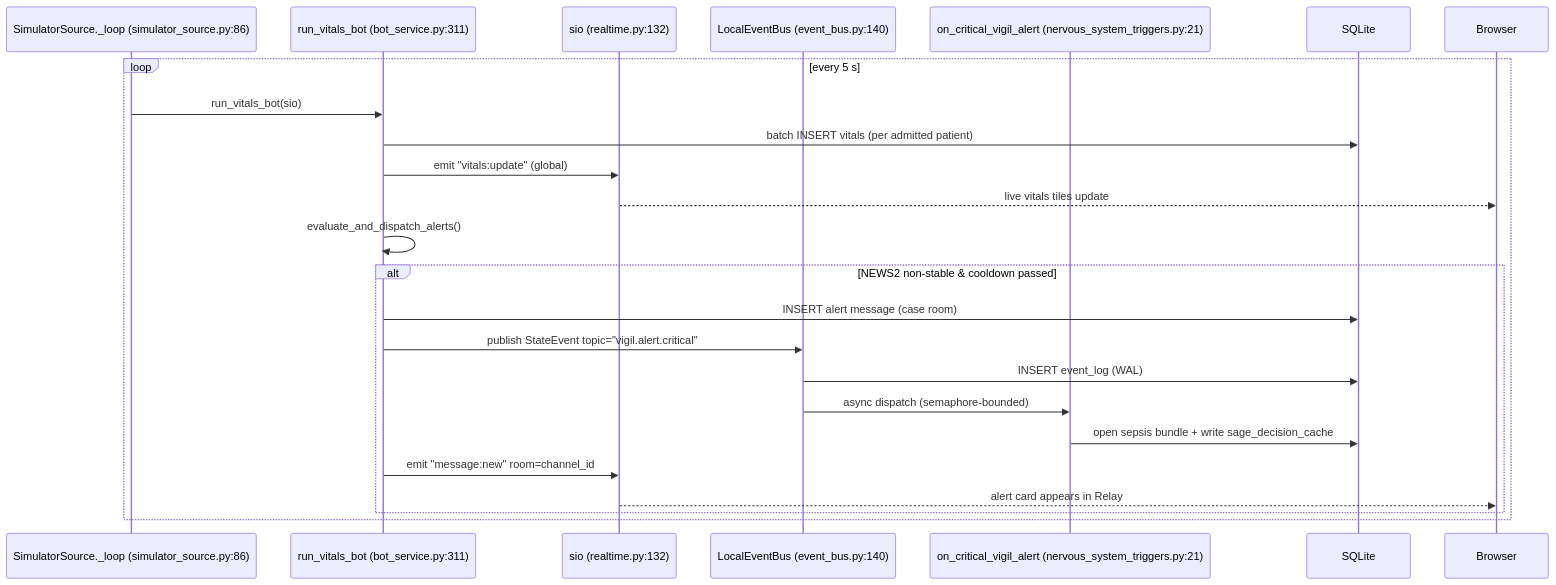
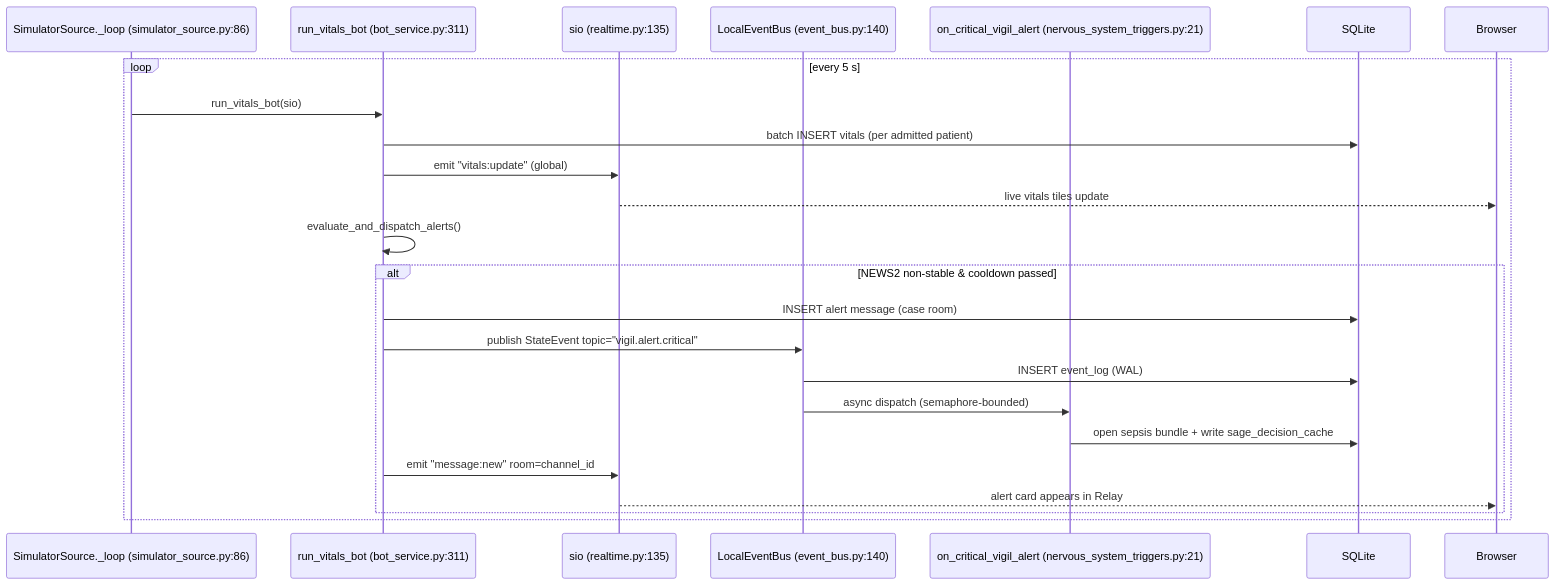
One commit to samuelmorningstar23/Orb changed the second of 2 diagrams in docs/guide/06-realtime.md. Above: the diagram before and after it, drawn with Mermaid. The commit also changed other lines of this file and 183 other files, not shown here.

````diff
--- a/docs/guide/06-realtime.md
+++ b/docs/guide/06-realtime.md
@@ -68,27 +68,27 @@
 ```mermaid
 sequenceDiagram
     participant T as SimulatorSource._loop (simulator_source.py:86)
     participant B as run_vitals_bot (bot_service.py:311)
-    participant S as sio (realtime.py:132)
+    participant S as sio (realtime.py:135)
     participant EB as LocalEventBus (event_bus.py:140)
     participant NT as on_critical_vigil_alert (nervous_system_triggers.py:21)
     participant DB as SQLite
     participant C as Browser
 
     loop every 5 s
         T->>B: run_vitals_bot(sio)
         B->>DB: batch INSERT vitals (per admitted patient)
         B->>S: emit "vitals:update" (global)
         S-->>C: live vitals tiles update
         B->>B: evaluate_and_dispatch_alerts()
         alt NEWS2 non-stable & cooldown passed
             B->>DB: INSERT alert message (case room)
             B->>EB: publish StateEvent topic="vigil.alert.critical"
             EB->>DB: INSERT event_log (WAL)
             EB->>NT: async dispatch (semaphore-bounded)
             NT->>DB: open sepsis bundle + write sage_decision_cache
             B->>S: emit "message:new" room=channel_id
             S-->>C: alert card appears in Relay
         end
     end
 ```
````
